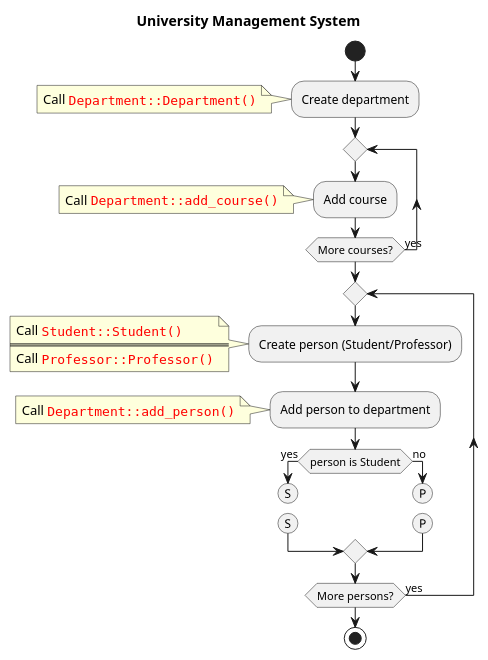
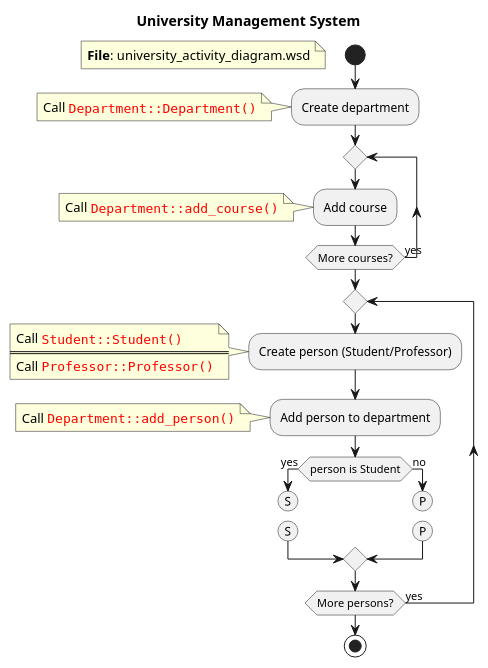
One commit to rahulk-99/enpm702_fall2024 changed the diagram in lecture7/diagrams/university_activity_diagram.wsd. Above: the diagram before and after it, drawn with PlantUML. The commit also changed 37 other files, not shown here.

```diff
--- a/lecture7/diagrams/university_activity_diagram.wsd
+++ b/lecture7/diagrams/university_activity_diagram.wsd
@@ -1,44 +1,51 @@
-@startuml
+@startuml "University Management System"
 title University Management System
-start
+
+
+
+start 
+floating note left: <b>File</b>: university_activity_diagram.wsd
+
 
 :Create department;
 note left
 Call <color:red>""Department::Department()""
 end note
 
 
 repeat
 :Add course;
 note left
 Call <color:red>""Department::add_course()""
 end note
 
 repeat while (More courses?) is (yes)
 
 repeat
 :Create person (Student/Professor);
 note left
 Call <color:red>""Student::Student()""
 ====
 Call <color:red>""Professor::Professor()""
 end note
 :Add person to department;
 note left
 Call <color:red>""Department::add_person()""
 end note
 
 if (person is Student) then (yes)
 
     (S)
     detach
     (S)
 else (no)
     (P)
     detach
     (P)
 endif
 repeat while (More persons?) is (yes)
 
 stop
+
+
 @enduml
```
